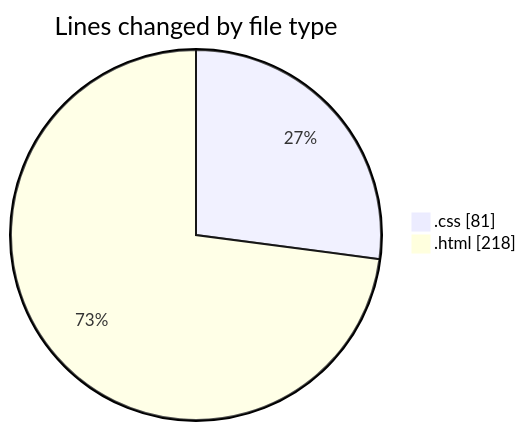
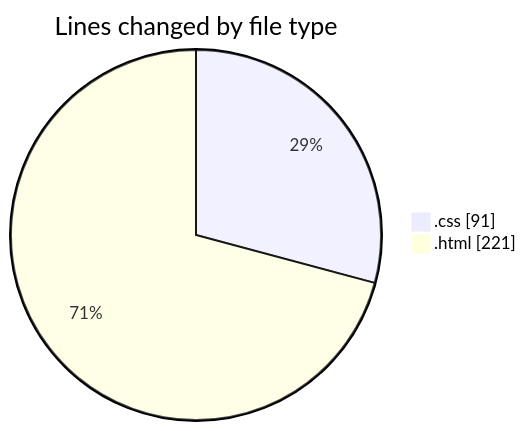
Before and after one commit to NitaiMahat/code-tracking: the first of 2 diagrams in 2025-02-04/recipe-page-main/README.md, drawn with Mermaid. The commit also changed other lines of this file and 1 other file, not shown here.

````diff
--- a/2025-02-04/recipe-page-main/README.md
+++ b/2025-02-04/recipe-page-main/README.md
@@ -21,6 +21,6 @@
 ```mermaid
 pie showData
 title Lines changed by file type
-".css" : 81
-".html" : 218
+".css" : 91
+".html" : 221
 ```
````
